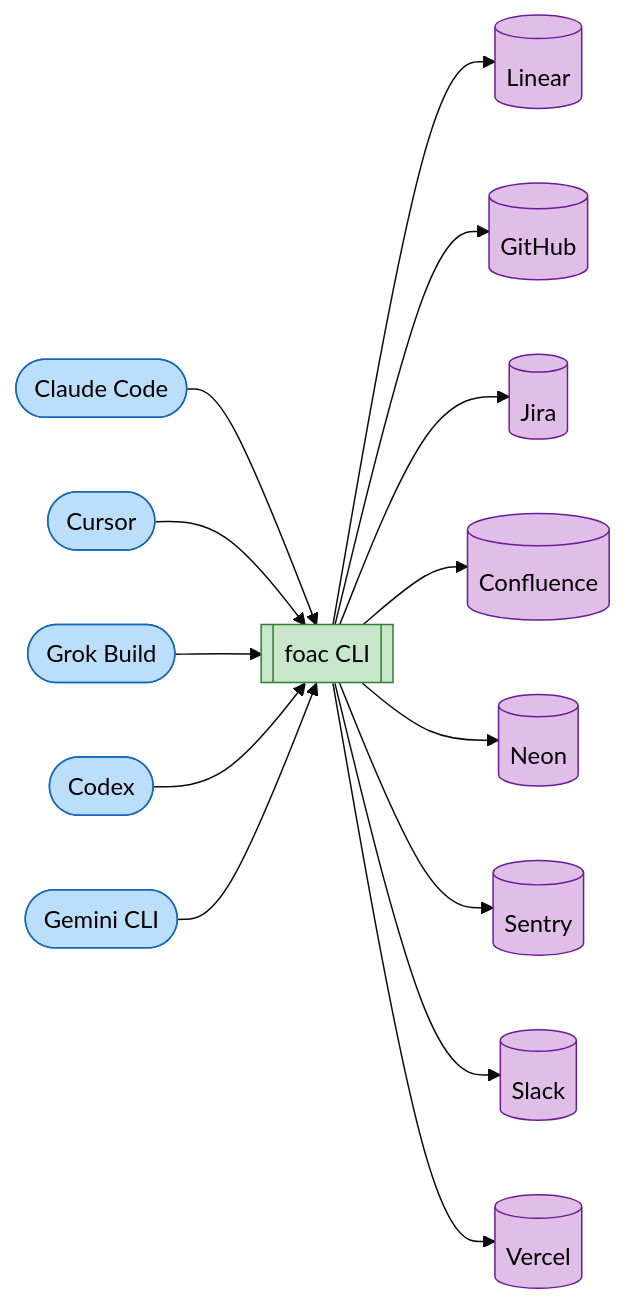
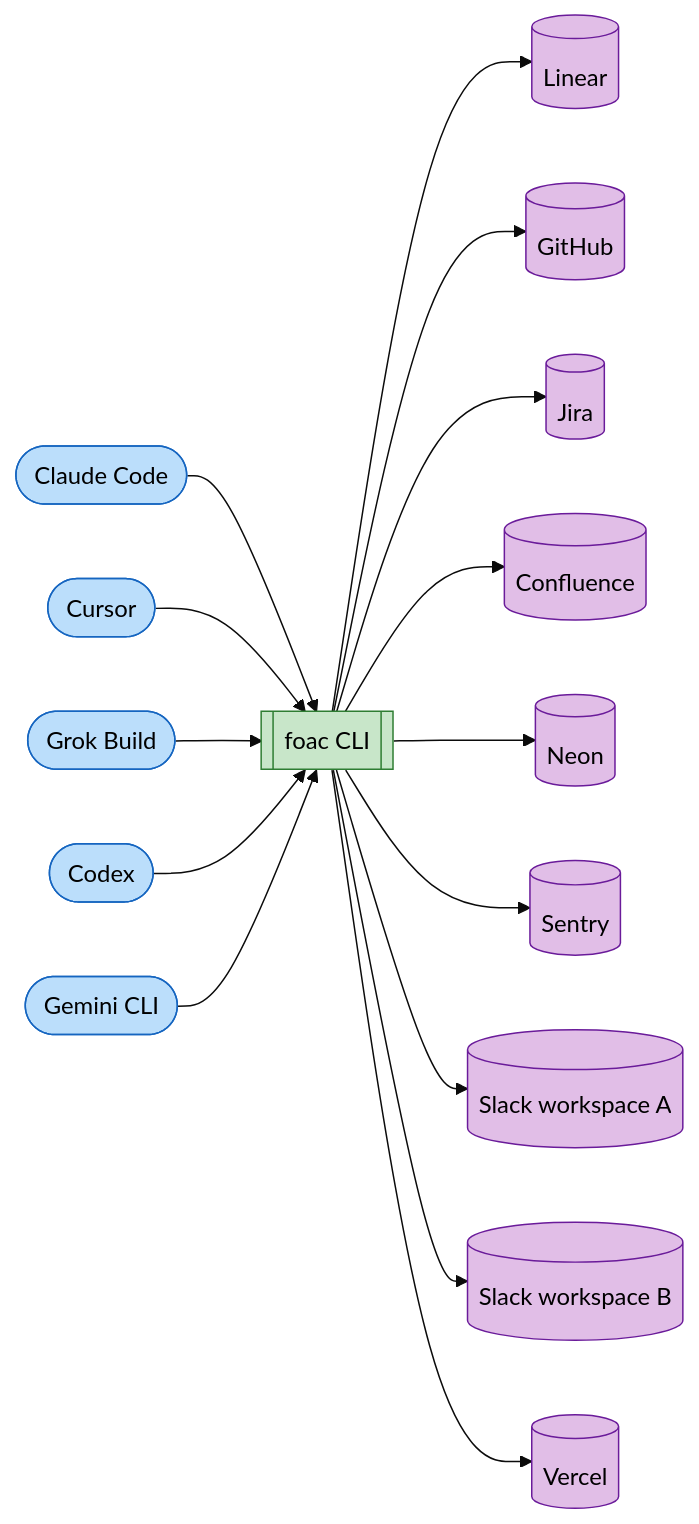
One commit to alephic-ai/foac changed the second of 2 diagrams in README.md. Above: the diagram before and after it, drawn with Mermaid (base theme). The commit also changed other lines of this file, not shown here.

Commit message:
docs: show two Slack workspaces in the README diagram

````diff
--- a/README.md
+++ b/README.md
@@ -51,15 +52,15 @@
 ```mermaid
 graph LR
     CC([Claude Code]) --> F
     CU([Cursor]) --> F
     GRK([Grok Build]) --> F
     CX([Codex]) --> F
     GEM([Gemini CLI]) --> F[[foac CLI]]
-    F --> Linear[(Linear)] & GitHub[(GitHub)] & Jira[(Jira)] & Confluence[(Confluence)] & Neon[(Neon)] & Sentry[(Sentry)] & Slack[(Slack)] & Vercel[(Vercel)]
+    F --> Linear[(Linear)] & GitHub[(GitHub)] & Jira[(Jira)] & Confluence[(Confluence)] & Neon[(Neon)] & Sentry[(Sentry)] & SlackA[(Slack workspace A)] & SlackB[(Slack workspace B)] & Vercel[(Vercel)]
     classDef harness fill:#bbdefb,stroke:#1565c0,color:#000
     classDef cli fill:#c8e6c9,stroke:#2e7d32,color:#000
     classDef provider fill:#e1bee7,stroke:#6a1b9a,color:#000
     class CC,CU,GRK,CX,GEM harness
     class F cli
-    class Linear,GitHub,Jira,Confluence,Neon,Sentry,Slack,Vercel provider
+    class Linear,GitHub,Jira,Confluence,Neon,Sentry,SlackA,SlackB,Vercel provider
 ```
````
